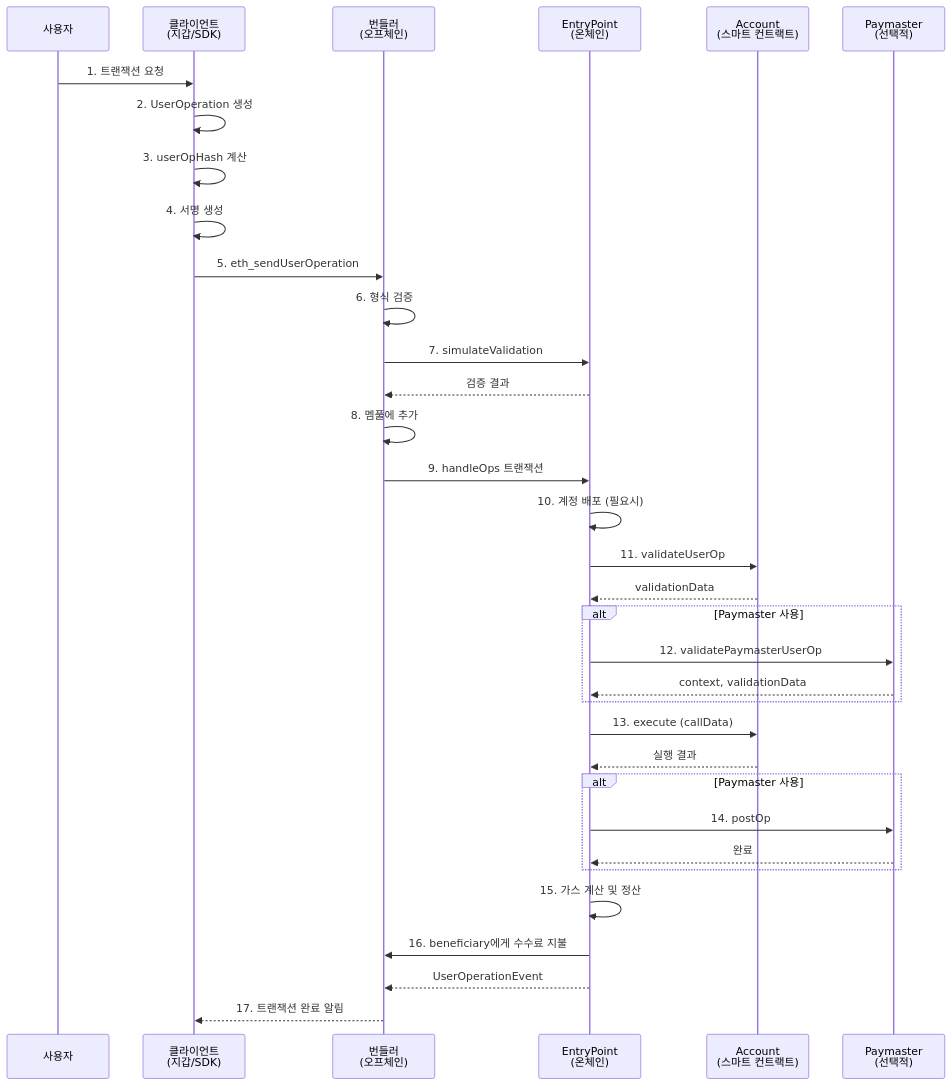
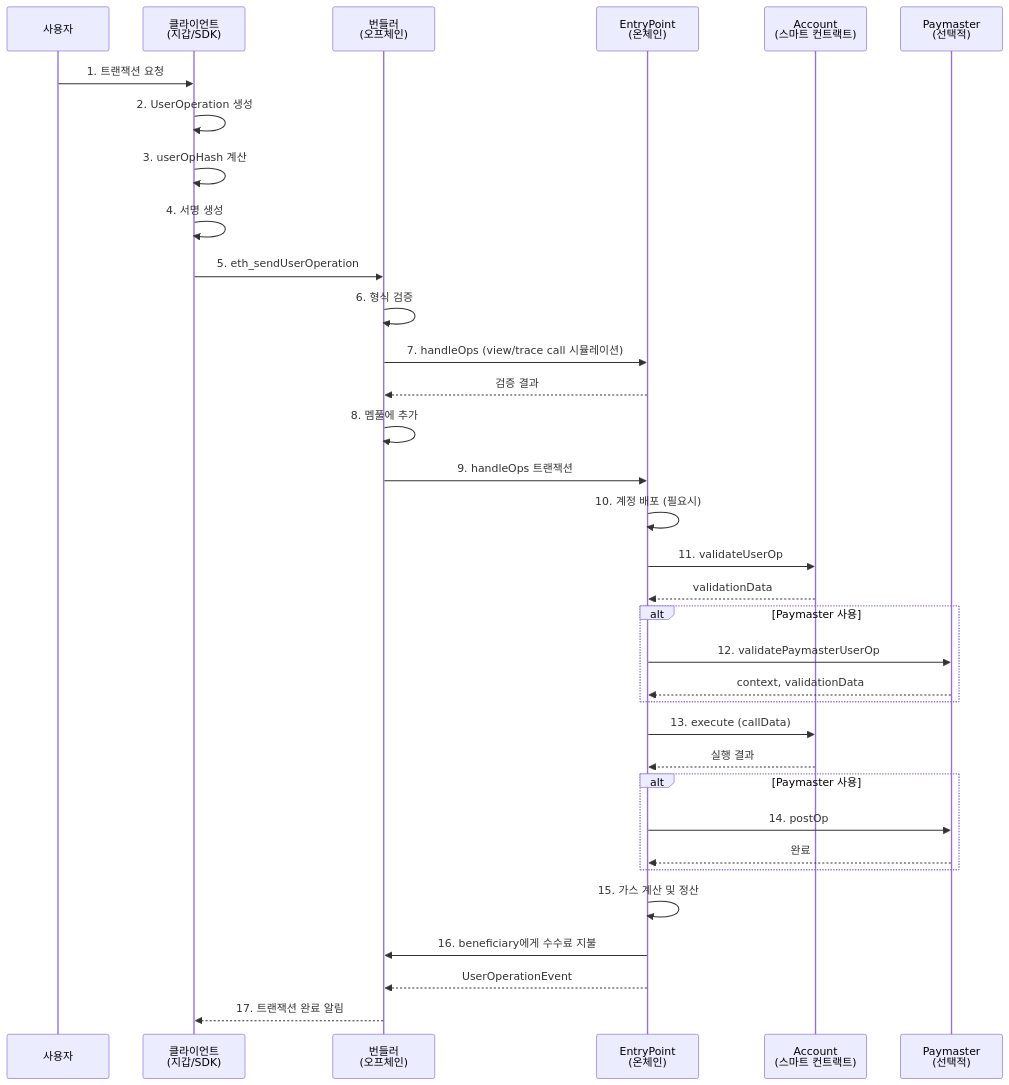
The fourth of 9 diagrams in docs/eip/ERC-4337.md (onlyhyde/stable-platform), drawn with Mermaid before and after one commit. The commit also changed other lines of this file and 10 other files, not shown here.

````diff
--- a/docs/eip/ERC-4337.md
+++ b/docs/eip/ERC-4337.md
@@ -382,37 +386,37 @@
 ```mermaid
 sequenceDiagram
     participant User as 사용자
     participant Client as 클라이언트<br/>(지갑/SDK)
     participant Bundler as 번들러<br/>(오프체인)
     participant EntryPoint as EntryPoint<br/>(온체인)
     participant Account as Account<br/>(스마트 컨트랙트)
     participant Paymaster as Paymaster<br/>(선택적)
     
     User->>Client: 1. 트랜잭션 요청
     Client->>Client: 2. UserOperation 생성
     Client->>Client: 3. userOpHash 계산
     Client->>Client: 4. 서명 생성
     Client->>Bundler: 5. eth_sendUserOperation
     Bundler->>Bundler: 6. 형식 검증
-    Bundler->>EntryPoint: 7. simulateValidation
+    Bundler->>EntryPoint: 7. handleOps (view/trace call 시뮬레이션)
     EntryPoint-->>Bundler: 검증 결과
     Bundler->>Bundler: 8. 멤풀에 추가
     Bundler->>EntryPoint: 9. handleOps 트랜잭션
     EntryPoint->>EntryPoint: 10. 계정 배포 (필요시)
     EntryPoint->>Account: 11. validateUserOp
     Account-->>EntryPoint: validationData
     alt Paymaster 사용
         EntryPoint->>Paymaster: 12. validatePaymasterUserOp
         Paymaster-->>EntryPoint: context, validationData
     end
     EntryPoint->>Account: 13. execute (callData)
     Account-->>EntryPoint: 실행 결과
     alt Paymaster 사용
         EntryPoint->>Paymaster: 14. postOp
         Paymaster-->>EntryPoint: 완료
     end
     EntryPoint->>EntryPoint: 15. 가스 계산 및 정산
     EntryPoint->>Bundler: 16. beneficiary에게 수수료 지불
     EntryPoint-->>Bundler: UserOperationEvent
     Bundler-->>Client: 17. 트랜잭션 완료 알림
 ```
````
